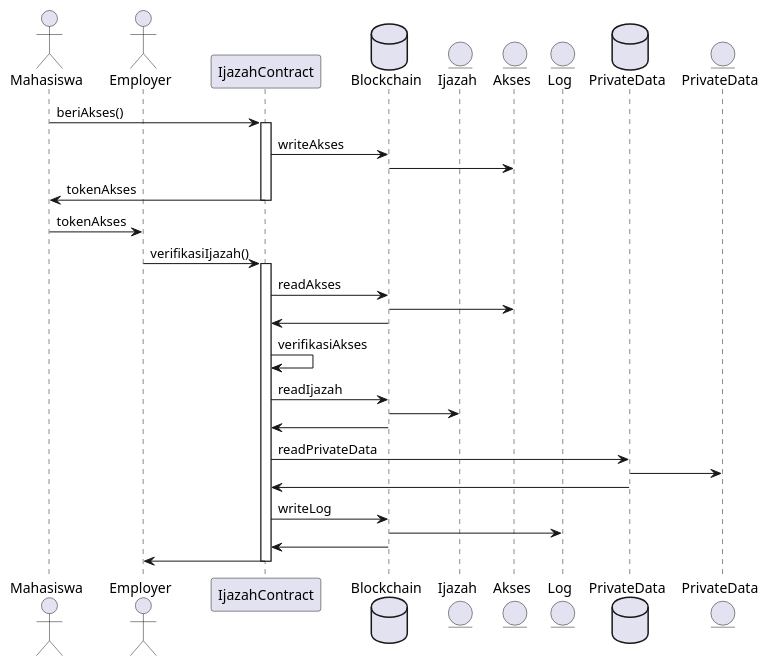
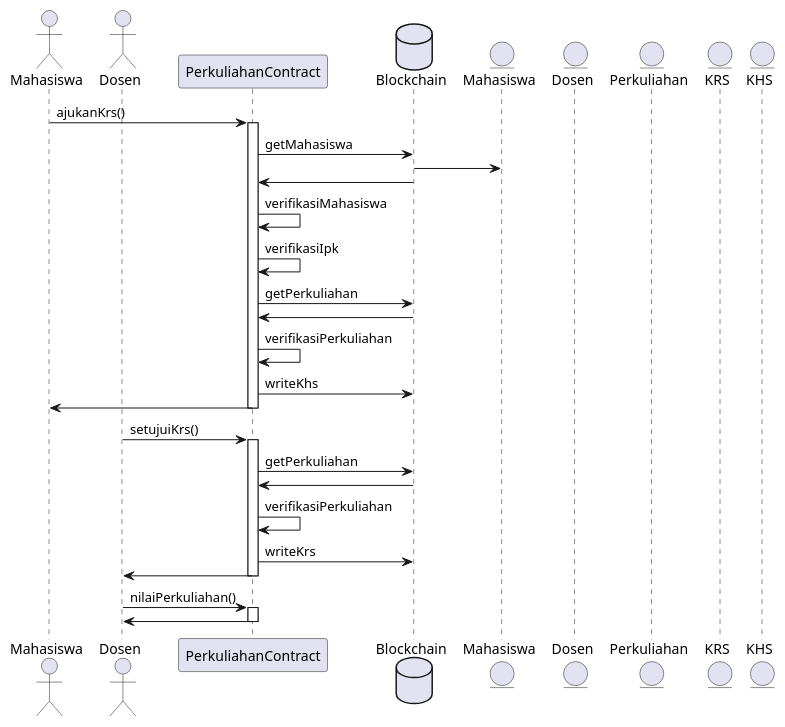
One commit to herbertabdillah/skripsi-contract-new changed the diagram in documentation/kuliah.puml. Above: the diagram before and after it, drawn with PlantUML. The commit also changed 1 other file, not shown here.

```diff
--- a/documentation/kuliah.puml
+++ b/documentation/kuliah.puml
@@ -1,48 +1,45 @@
 @startuml
 actor       Mahasiswa       as mhs
-actor       Employer       as emp
+actor       Dosen       as dosen
 'participant FE.BE.DB as mid
-participant IjazahContract as ijazah
+participant PerkuliahanContract as perkuliahan
 database    Blockchain      as bc
-entity      Ijazah      as ijazahState
-entity      Akses      as accessState
-entity      Log      as logState
-database    PrivateData      as pd
-entity      PrivateData      as pdState
+entity      Mahasiswa      as mhsState
+entity      Dosen      as dosenState
+entity      Perkuliahan      as perkuliahanState
+entity      KRS      as krs
+entity      KHS      as khs
+
+mhs -> perkuliahan : ajukanKrs()
+activate perkuliahan
+perkuliahan -> bc : getMahasiswa
+bc -> mhsState
+bc -> perkuliahan
+perkuliahan -> perkuliahan : verifikasiMahasiswa
+perkuliahan -> perkuliahan : verifikasiIpk
+
+perkuliahan -> bc : getPerkuliahan
+bc -> perkuliahan
+perkuliahan -> perkuliahan : verifikasiPerkuliahan
+
+perkuliahan -> bc : writeKhs
+perkuliahan -> mhs
+deactivate perkuliahan
 '============================================
-mhs -> ijazah : beriAkses()
-activate ijazah
-ijazah -> bc : writeAkses
-bc -> accessState
-ijazah -> mhs : tokenAkses
-deactivate ijazah
+dosen -> perkuliahan : setujuiKrs()
+activate perkuliahan
 
+perkuliahan -> bc : getPerkuliahan
+bc -> perkuliahan
+perkuliahan -> perkuliahan : verifikasiPerkuliahan
+
+perkuliahan -> bc : writeKrs
+perkuliahan -> dosen
+deactivate perkuliahan
 '============================================
-mhs -> emp : tokenAkses
-'============================================
-
-emp -> ijazah : verifikasiIjazah()
-activate ijazah
-ijazah -> bc : readAkses
-bc -> accessState
-bc -> ijazah
-ijazah -> ijazah : verifikasiAkses
-
-ijazah -> bc : readIjazah
-bc -> ijazahState
-bc -> ijazah
-
-ijazah -> pd : readPrivateData
-pd -> pdState
-pd -> ijazah
-
-ijazah -> bc : writeLog
-bc -> logState
-bc -> ijazah
-
-ijazah -> emp
-deactivate ijazah
-
-
+dosen -> perkuliahan : nilaiPerkuliahan()
+activate perkuliahan
+perkuliahan -> dosen
+deactivate perkuliahan
 
 @enduml
```
